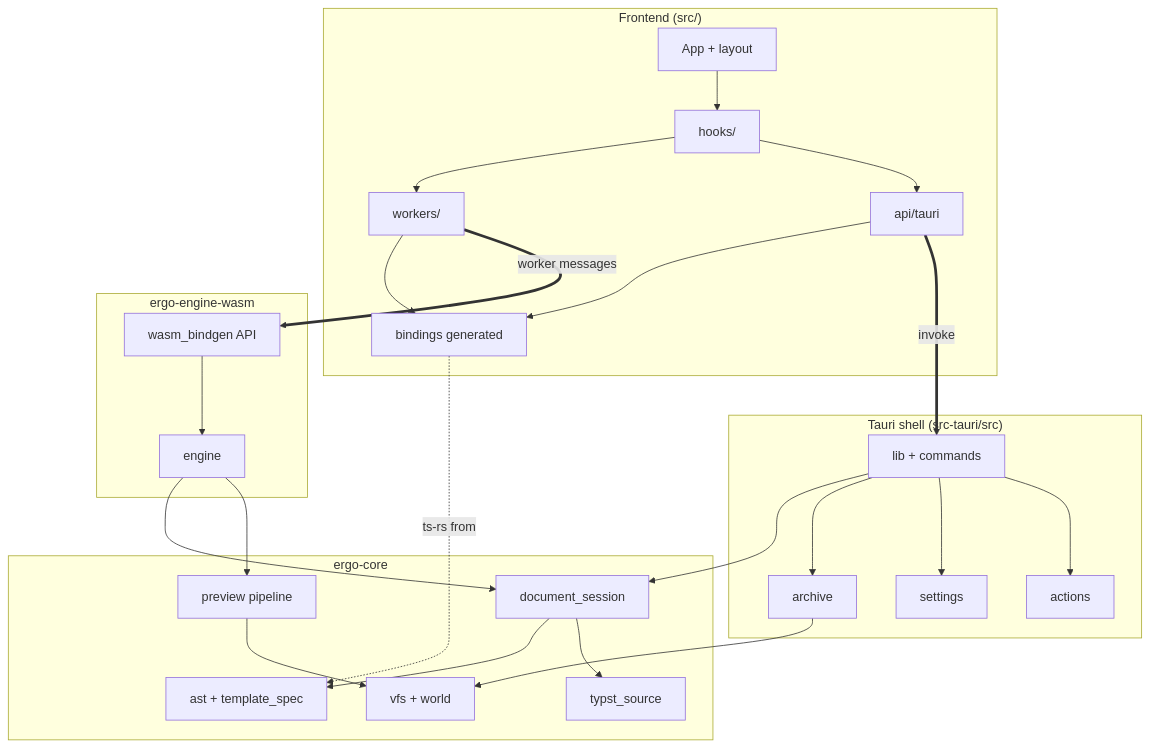
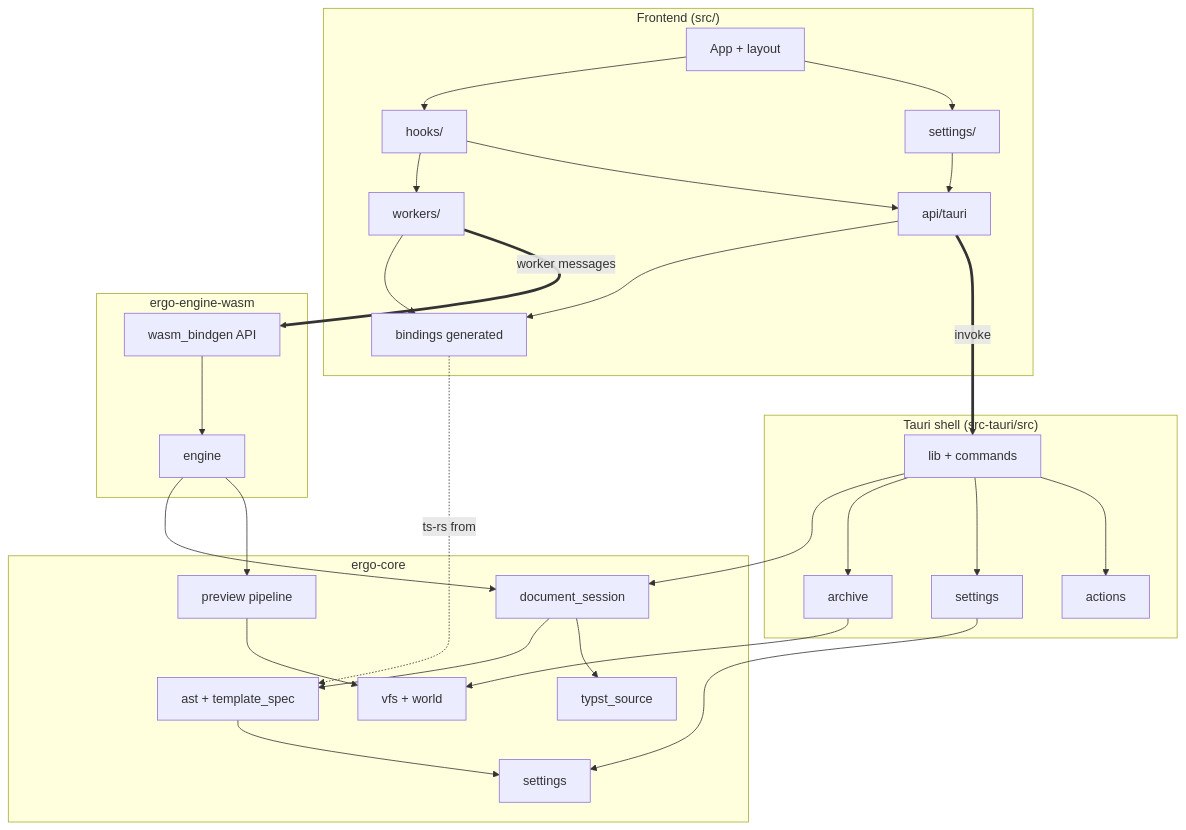
Before and after one commit to andmoreduro/ergo: the diagram in context/package-diagrams.md, drawn with Mermaid. The commit also changed other lines of this file and 74 other files, not shown here.

````diff
--- a/context/package-diagrams.md
+++ b/context/package-diagrams.md
@@ -5,46 +5,52 @@
 ```mermaid
 flowchart TB
     subgraph Frontend ["Frontend (src/)"]
         AppRoot[App + layout]
+        SettingsFe[settings/]
         Hooks[hooks/]
         Workers[workers/]
         TauriApi[api/tauri]
         Bindings[bindings generated]
     end
     subgraph WasmCrate ["ergo-engine-wasm"]
         WasmBindgen[wasm_bindgen API]
         WasmEngine[engine]
     end
     subgraph CoreCrate ["ergo-core"]
         Session[document_session]
         TypstSource[typst_source]
         PreviewPipe[preview pipeline]
         Vfs[vfs + world]
         Ast[ast + template_spec]
+        CoreSettings[settings]
     end
     subgraph TauriShell ["Tauri shell (src-tauri/src)"]
         Lib[lib + commands]
         ArchivePkg[archive]
         SettingsPkg[settings]
         ActionsPkg[actions]
     end
     AppRoot --> Hooks
+    AppRoot --> SettingsFe
+    SettingsFe --> TauriApi
     Hooks --> Workers
     Hooks --> TauriApi
     Workers --> Bindings
     TauriApi --> Bindings
     WasmBindgen --> WasmEngine
     WasmEngine --> Session
     WasmEngine --> PreviewPipe
     Session --> Ast
     Session --> TypstSource
     PreviewPipe --> Vfs
     Lib --> Session
     Lib --> ArchivePkg
     Lib --> SettingsPkg
     Lib --> ActionsPkg
+    SettingsPkg --> CoreSettings
+    Ast --> CoreSettings
     ArchivePkg --> Vfs
     Workers == worker messages ==> WasmBindgen
     TauriApi == invoke ==> Lib
     Bindings -. ts-rs from .-> Ast
 ```
````
